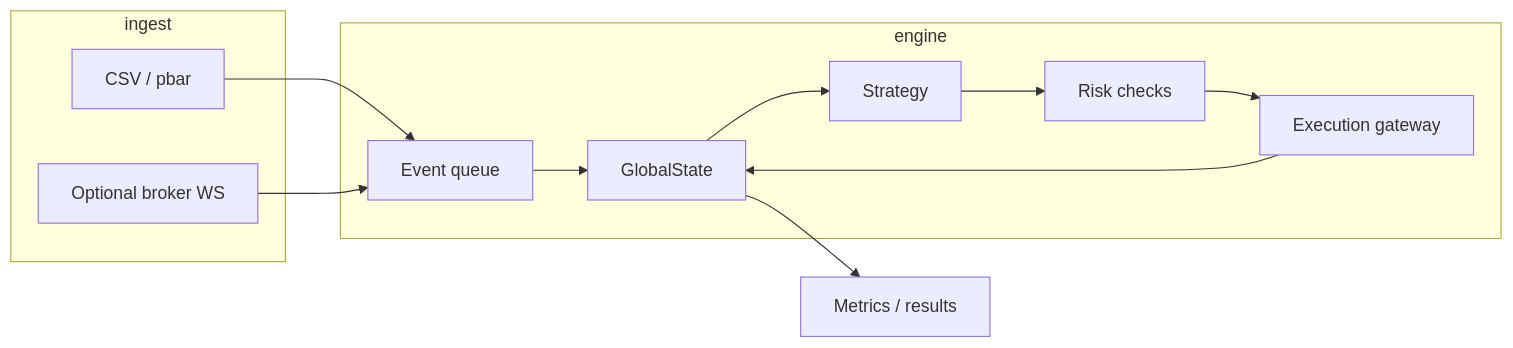
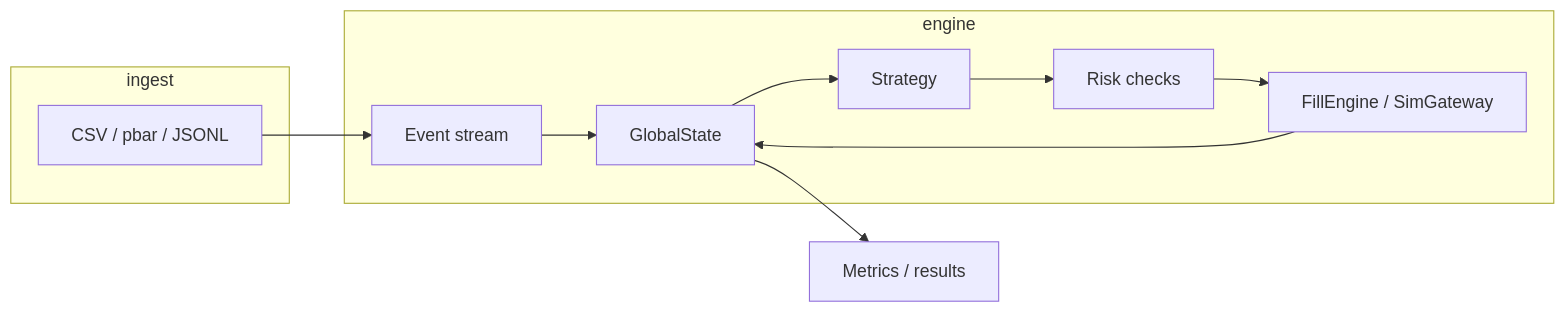
One commit to DevomB/Athenas-Pallas changed the diagram in docs/ARCHITECTURE.md. Above: the diagram before and after it, drawn with Mermaid. The commit also changed other lines of this file and 14 other files, not shown here.

````diff
--- a/docs/ARCHITECTURE.md
+++ b/docs/ARCHITECTURE.md
@@ -5,22 +5,20 @@
 ```mermaid
 flowchart LR
   subgraph ingest
-    CSV[CSV / pbar]
-    WS[Optional broker WS]
+    CSV[CSV / pbar / JSONL]
   end
   subgraph engine
-    EV[Event queue]
+    EV[Event stream]
     ST[GlobalState]
     STG[Strategy]
     RK[Risk checks]
-    EX[Execution gateway]
+    EX[FillEngine / SimGateway]
   end
   CSV --> EV
-  WS --> EV
   EV --> ST
   ST --> STG
   STG --> RK
   RK --> EX
   EX --> ST
   ST --> MET[Metrics / results]
 ```
````
